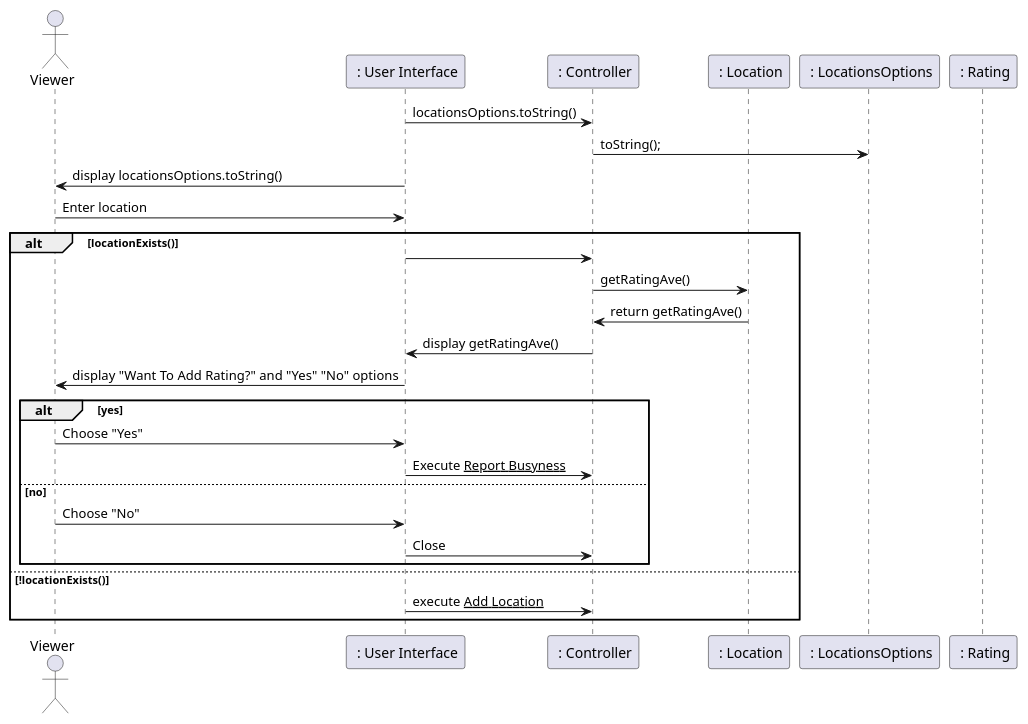
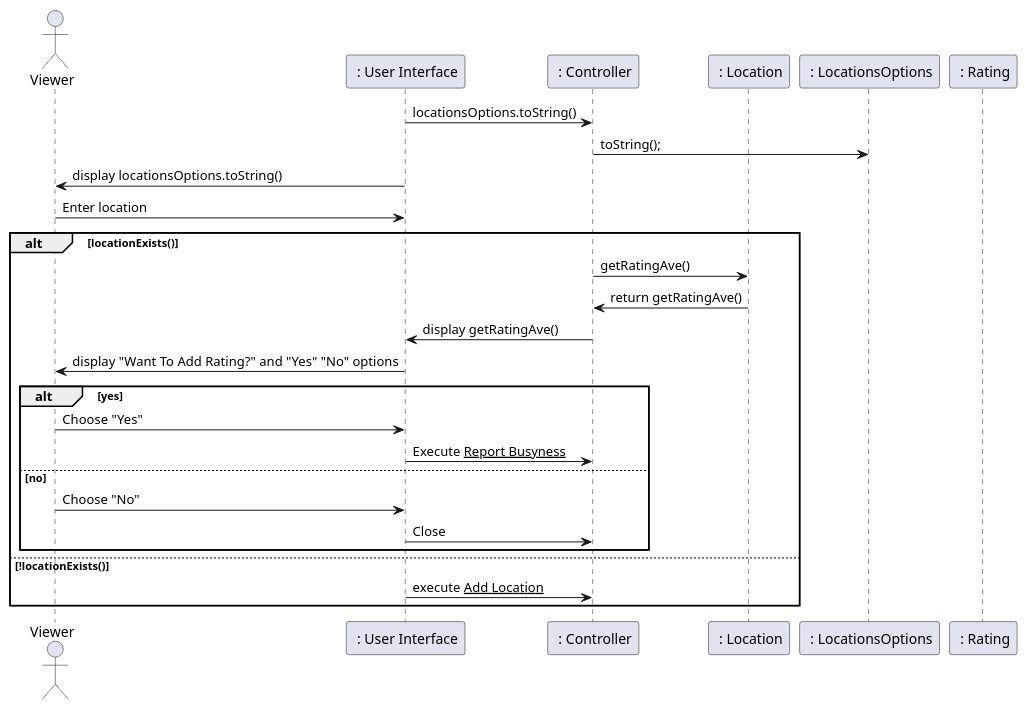
Before and after one commit to manoushpajouh/Vassar-Crowdmeter: the sixth of 7 diagrams in intellij/documentation/design.md, drawn with PlantUML. The commit also changed other lines of this file, not shown here.

Commit message:
new sequence diagram has issues but has been created

````diff
--- a/intellij/documentation/design.md
+++ b/intellij/documentation/design.md
@@ -177,38 +204,36 @@
 ```plantuml
 @startuml
 actor Viewer as viewer 
 participant " : User Interface" as ui
 participant " : Controller" as controller
 participant " : Location" as location 
 participant " : LocationsOptions" as locOps 
 participant " : Rating" as ratings 
 
 ui -> controller : locationsOptions.toString()
 controller -> locOps :  toString();
 ui -> viewer : display locationsOptions.toString()
 
 viewer -> ui : Enter location
 
-alt locationExists() 
-ui -> controller :
-controller -> location: getRatingAve()
-location -> controller : return getRatingAve()
-controller -> ui : display getRatingAve()
-ui -> viewer : display "Want To Add Rating?" and "Yes" "No" options
-    alt yes
-    viewer -> ui : Choose "Yes"
-    ui -> controller : Execute __Report Busyness__
+    alt locationExists() 
+    controller -> location: getRatingAve()
+    location -> controller : return getRatingAve()
+    controller -> ui : display getRatingAve()
+    ui -> viewer : display "Want To Add Rating?" and "Yes" "No" options
+        alt yes
+        viewer -> ui : Choose "Yes"
+        ui -> controller : Execute __Report Busyness__
+        
+        else no 
+        viewer -> ui : Choose "No" 
+        ui -> controller : Close  
+        end
     
-    else no 
-    viewer -> ui : Choose "No" 
-    ui -> controller : Close  
-    end
-
-
-
-else !locationExists()
-ui -> controller: execute __Add Location__
+    else !locationExists()
+    ui -> controller: execute __Add Location__
 
 end
+
 @enduml
 ```
````
